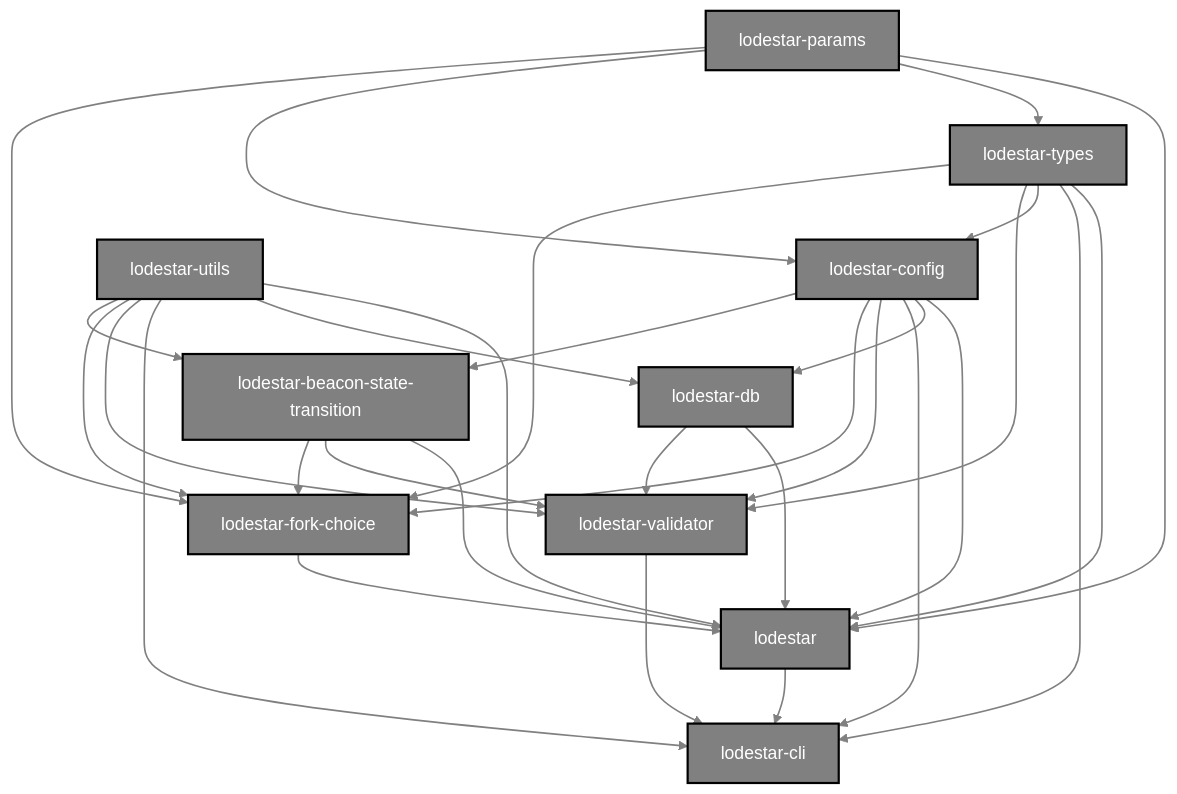
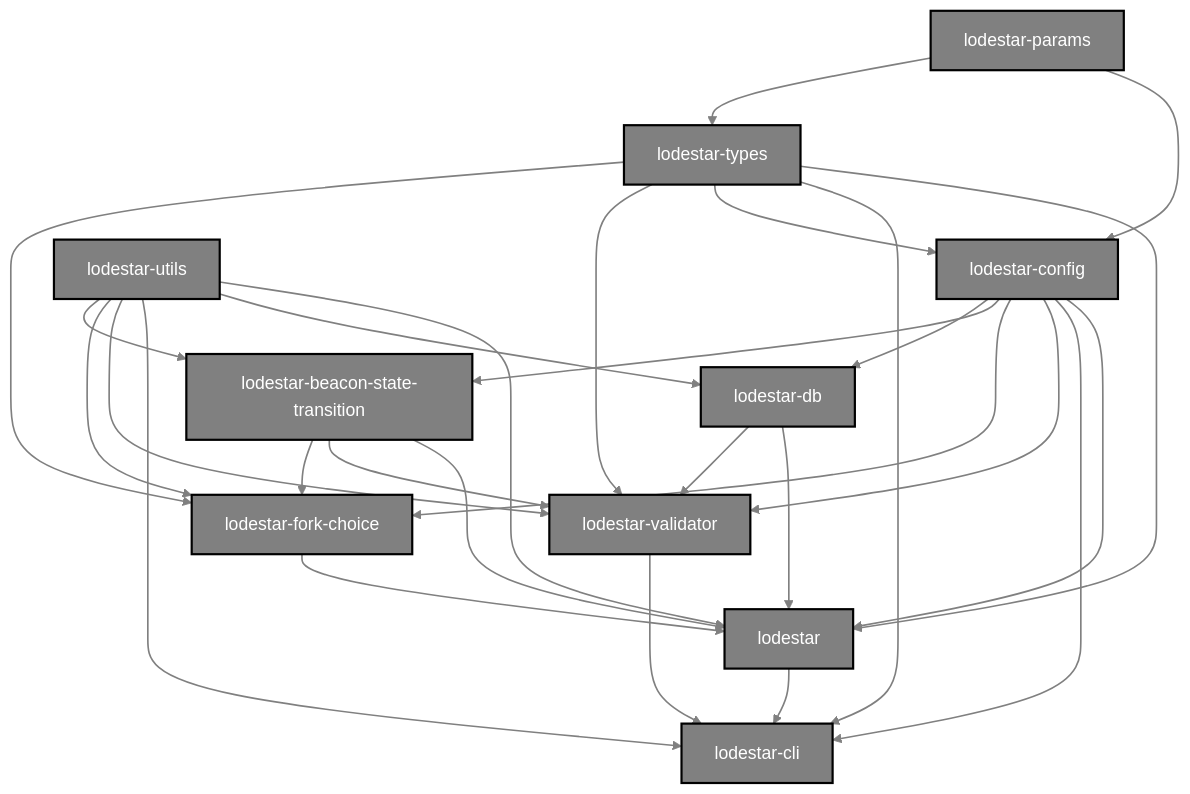
The diagram in docs/design/depgraph.md (ChainSafe/lodestar), drawn with Mermaid before and after one commit. The commit also changed other lines of this file and 1 other file, not shown here.

Commit message:
package structure elaboration

````diff
--- a/docs/design/depgraph.md
+++ b/docs/design/depgraph.md
@@ -8,64 +8,62 @@
 ```mermaid
 graph TD
     lodestar["lodestar"]:::nodemodule
     cli["lodestar-cli"]:::nodemodule
     config["lodestar-config"]:::nodemodule
     db["lodestar-db"]:::nodemodule
     fork-choice["lodestar-fork-choice"]:::nodemodule
     params["lodestar-params"]:::nodemodule
     types["lodestar-types"]:::nodemodule
     utils["lodestar-utils"]:::nodemodule
     validator["lodestar-validator"]:::nodemodule
     state-trans["lodestar-beacon-state-transition"]:::nodemodule
     
-    state-trans==>lodestar
-    config==>lodestar
-    db==>lodestar
-    params==>lodestar
-    types==>lodestar
-    utils==>lodestar
-    fork-choice==>lodestar
+    params-->config
+    params-->types
+
+    types-->lodestar
+    types-->cli
+    types-->config
+    types-->validator
+    types-->fork-choice
+
+    config-->lodestar
+    config-->cli
+    config-->validator
+    config-->fork-choice
+    config-->state-trans
+    config-->db
+
+    utils-->lodestar
+    utils-->db
+    utils-->cli
+    utils-->validator
+    utils-->fork-choice
+    utils-->state-trans
+
+    state-trans-->lodestar
+    state-trans-->validator
+    state-trans-->fork-choice
+
+    db-->lodestar
+    db-->validator
+
+    fork-choice-->lodestar
     
-    config==>db
-    utils==>db
-    
-    lodestar==>cli
-    config==>cli
-    types==>cli
-    utils==>cli
-    validator==>cli
-    
-    params==>types
-    
-    params==>config
-    types==>config
-    
-    state-trans==>validator
-    config==>validator
-    types==>validator
-    utils==>validator
-    db==>validator
-    
-    state-trans==>fork-choice
-    config==>fork-choice
-    params==>fork-choice
-    types==>fork-choice
-    utils==>fork-choice
-    
-    config==>state-trans
-    utils==>state-trans
+    lodestar-->cli
+    validator-->cli
     
     click cli "https://github.com/ChainSafe/lodestar/tree/master/packages/lodestar-cli"
     click lodestar "https://github.com/ChainSafe/lodestar/tree/master/packages/lodestar"
     click validator "https://github.com/ChainSafe/lodestar/tree/master/packages/lodestar-validator"
     click db "https://github.com/ChainSafe/lodestar/tree/master/packages/lodestar-db"
     click params "https://github.com/ChainSafe/lodestar/tree/master/packages/lodestar-params"
     click state-trans "https://github.com/ChainSafe/lodestar/tree/master/packages/lodestar-beacon-state-transition"
     click fork-choice "https://github.com/ChainSafe/lodestar/tree/master/packages/lodestar-fork-choice"
     click types "https://github.com/ChainSafe/lodestar/tree/master/packages/lodestar-types"
     click utils "https://github.com/ChainSafe/lodestar/tree/master/packages/lodestar-utils"
     click config "https://github.com/ChainSafe/lodestar/tree/master/packages/lodestar-config"
 
     classDef nodemodule fill:grey,stroke-width:2px,stroke:black,color:white;
     linkStyle default stroke:grey, fill:none,stroke-width:1.5px;
 ```
````
